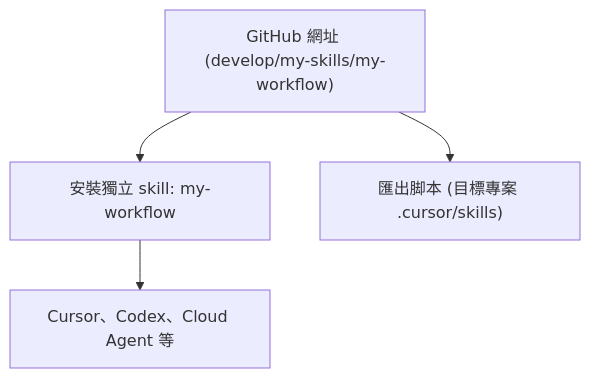
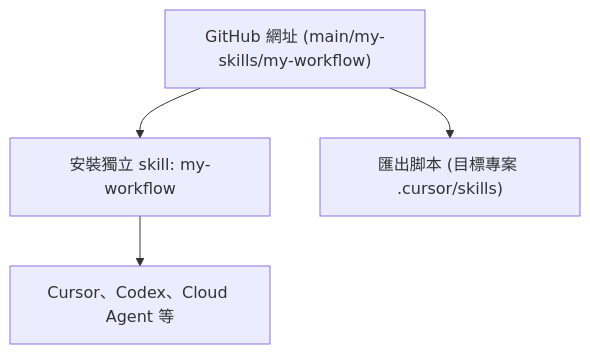
The diagram in my-skills/my-workflow/README.md (VECTOR-COOL/my-agent-toolkit), drawn with Mermaid before and after one commit. The commit also changed other lines of this file and 6 other files, not shown here.

First line of the commit message:
docs(my-workflow): 安裝網址改走 main，發行 1.3.3

````diff
--- a/my-skills/my-workflow/README.md
+++ b/my-skills/my-workflow/README.md
@@ -10,6 +10,6 @@
 ```mermaid
 graph TD
-  src["GitHub 網址 (develop/my-skills/my-workflow)"] --> install["安裝獨立 skill: my-workflow"]
+  src["GitHub 網址 (main/my-skills/my-workflow)"] --> install["安裝獨立 skill: my-workflow"]
   install --> hosts["Cursor、Codex、Cloud Agent 等"]
   src --> export["匯出脚本 (目標專案 .cursor/skills)"]
 ```
````
